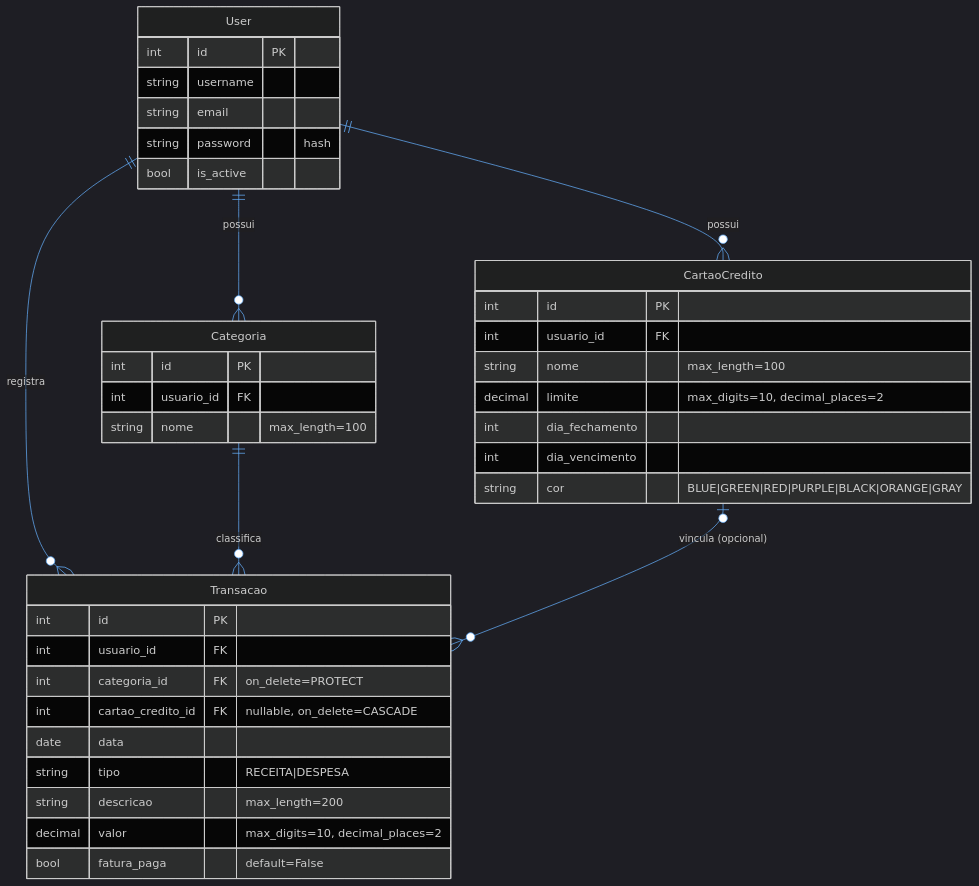
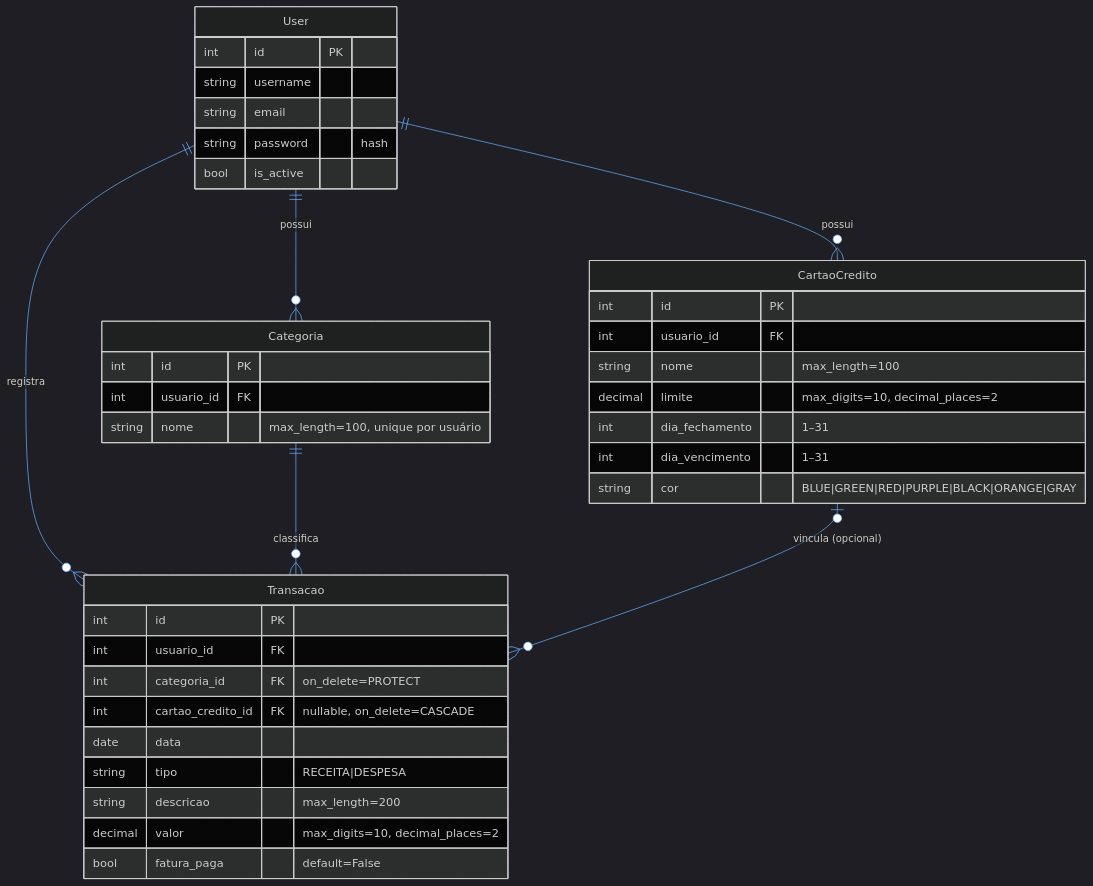
Before and after one commit to migueldufloth/ordo-finance: the fourth of 4 diagrams in README.md, drawn with Mermaid. The commit also changed other lines of this file and 2 other files, not shown here.

````diff
--- a/README.md
+++ b/README.md
@@ -109,46 +109,46 @@
 ```mermaid
 %%{init: {'theme': 'dark', 'themeVariables': { 'fontSize': '16px', 'primaryColor': '#1168BD', 'primaryBorderColor': '#66B2FF', 'lineColor': '#66B2FF', 'fontFamily': 'sans-serif'}}}%%
 erDiagram
     User ||--o{ Categoria     : "possui"
     User ||--o{ CartaoCredito : "possui"
     User ||--o{ Transacao     : "registra"
 
     Categoria     ||--o{ Transacao : "classifica"
     CartaoCredito |o--o{ Transacao : "vincula (opcional)"
 
     User {
         int    id           PK
         string username
         string email
         string password        "hash"
         bool   is_active
     }
 
     Categoria {
         int    id           PK
         int    usuario_id   FK
-        string nome            "max_length=100"
+        string nome            "max_length=100, unique por usuário"
     }
 
     CartaoCredito {
         int    id               PK
         int    usuario_id       FK
         string nome                "max_length=100"
         decimal limite             "max_digits=10, decimal_places=2"
-        int    dia_fechamento
-        int    dia_vencimento
+        int    dia_fechamento      "1–31"
+        int    dia_vencimento      "1–31"
         string cor                 "BLUE|GREEN|RED|PURPLE|BLACK|ORANGE|GRAY"
     }
 
     Transacao {
         int    id                   PK
         int    usuario_id           FK
         int    categoria_id         FK  "on_delete=PROTECT"
         int    cartao_credito_id    FK  "nullable, on_delete=CASCADE"
         date   data
         string tipo                   "RECEITA|DESPESA"
         string descricao              "max_length=200"
         decimal valor                 "max_digits=10, decimal_places=2"
         bool   fatura_paga            "default=False"
     }
 ```
````
